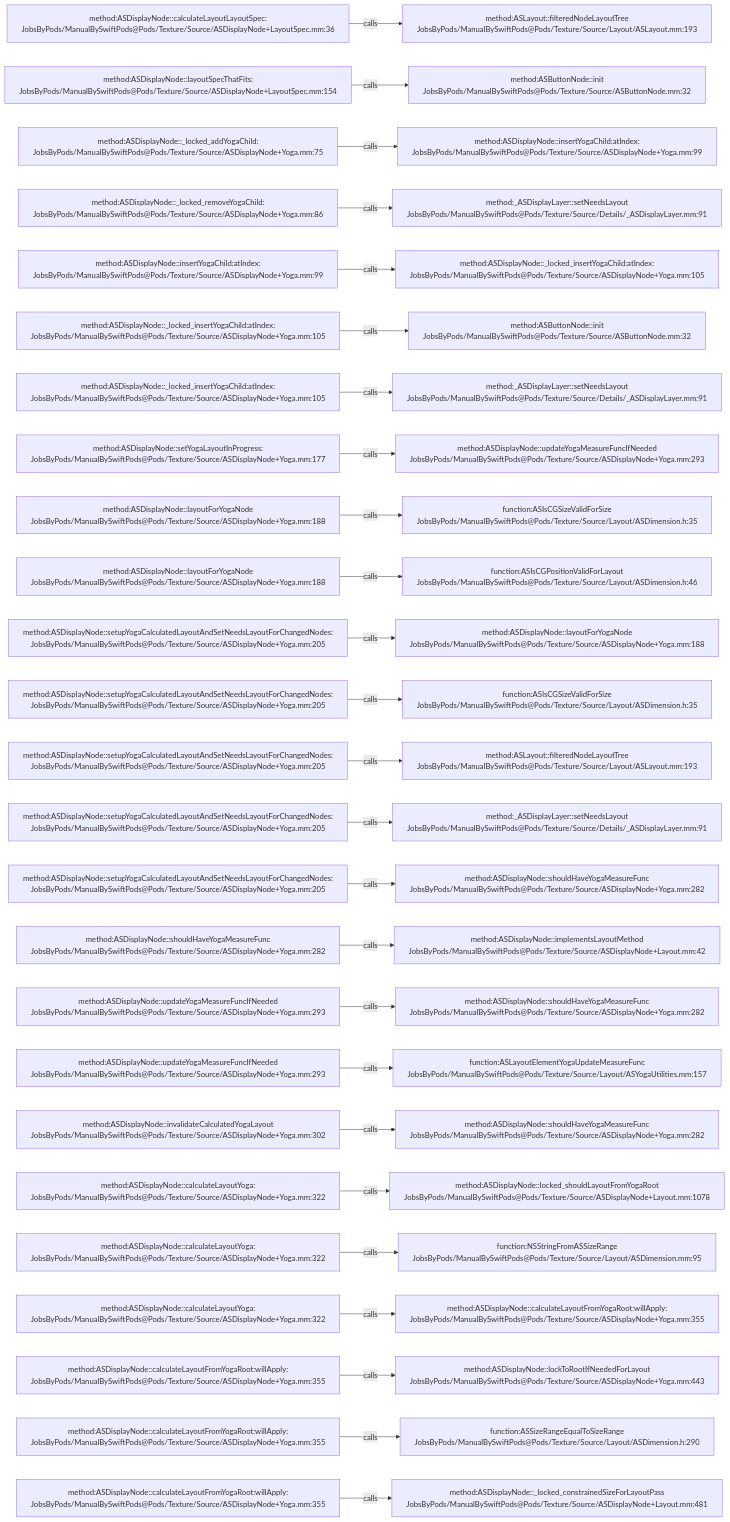
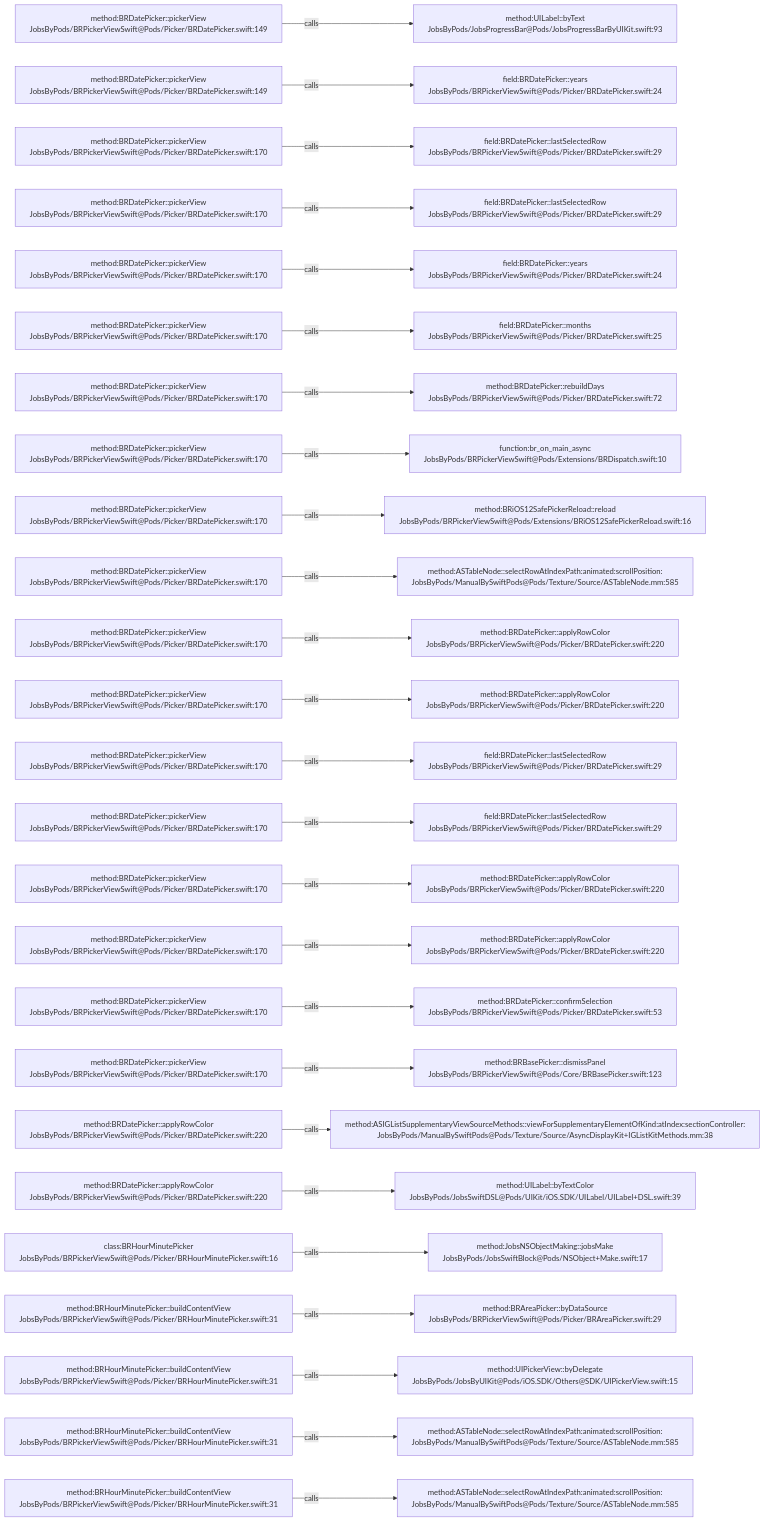
One commit to JobsKits/JobsSwiftBaseConfigDemo changed the diagram in .codegraph/codegraph.md/graphs/calls-025.md. Above: the diagram before and after it, drawn with Mermaid. The commit also changed 224 other files, not shown here.

````diff
--- a/.codegraph/codegraph.md/graphs/calls-025.md
+++ b/.codegraph/codegraph.md/graphs/calls-025.md
@@ -13,78 +13,78 @@
 ```mermaid
 flowchart LR
-  S1["method:ASDisplayNode::calculateLayoutLayoutSpec:<br/>JobsByPods/ManualBySwiftPods@Pods/Texture/Source/ASDisplayNode+LayoutSpec.mm:36"]
-  T1["method:ASLayout::filteredNodeLayoutTree<br/>JobsByPods/ManualBySwiftPods@Pods/Texture/Source/Layout/ASLayout.mm:193"]
+  S1["method:BRDatePicker::pickerView<br/>JobsByPods/BRPickerViewSwift@Pods/Picker/BRDatePicker.swift:149"]
+  T1["method:UILabel::byText<br/>JobsByPods/JobsProgressBar@Pods/JobsProgressBarByUIKit.swift:93"]
   S1 -->|calls| T1
-  S2["method:ASDisplayNode::layoutSpecThatFits:<br/>JobsByPods/ManualBySwiftPods@Pods/Texture/Source/ASDisplayNode+LayoutSpec.mm:154"]
-  T2["method:ASButtonNode::init<br/>JobsByPods/ManualBySwiftPods@Pods/Texture/Source/ASButtonNode.mm:32"]
+  S2["method:BRDatePicker::pickerView<br/>JobsByPods/BRPickerViewSwift@Pods/Picker/BRDatePicker.swift:149"]
+  T2["field:BRDatePicker::years<br/>JobsByPods/BRPickerViewSwift@Pods/Picker/BRDatePicker.swift:24"]
   S2 -->|calls| T2
-  S3["method:ASDisplayNode::_locked_addYogaChild:<br/>JobsByPods/ManualBySwiftPods@Pods/Texture/Source/ASDisplayNode+Yoga.mm:75"]
-  T3["method:ASDisplayNode::insertYogaChild:atIndex:<br/>JobsByPods/ManualBySwiftPods@Pods/Texture/Source/ASDisplayNode+Yoga.mm:99"]
+  S3["method:BRDatePicker::pickerView<br/>JobsByPods/BRPickerViewSwift@Pods/Picker/BRDatePicker.swift:170"]
+  T3["field:BRDatePicker::lastSelectedRow<br/>JobsByPods/BRPickerViewSwift@Pods/Picker/BRDatePicker.swift:29"]
   S3 -->|calls| T3
-  S4["method:ASDisplayNode::_locked_removeYogaChild:<br/>JobsByPods/ManualBySwiftPods@Pods/Texture/Source/ASDisplayNode+Yoga.mm:86"]
-  T4["method:_ASDisplayLayer::setNeedsLayout<br/>JobsByPods/ManualBySwiftPods@Pods/Texture/Source/Details/_ASDisplayLayer.mm:91"]
+  S4["method:BRDatePicker::pickerView<br/>JobsByPods/BRPickerViewSwift@Pods/Picker/BRDatePicker.swift:170"]
+  T4["field:BRDatePicker::lastSelectedRow<br/>JobsByPods/BRPickerViewSwift@Pods/Picker/BRDatePicker.swift:29"]
   S4 -->|calls| T4
-  S5["method:ASDisplayNode::insertYogaChild:atIndex:<br/>JobsByPods/ManualBySwiftPods@Pods/Texture/Source/ASDisplayNode+Yoga.mm:99"]
-  T5["method:ASDisplayNode::_locked_insertYogaChild:atIndex:<br/>JobsByPods/ManualBySwiftPods@Pods/Texture/Source/ASDisplayNode+Yoga.mm:105"]
+  S5["method:BRDatePicker::pickerView<br/>JobsByPods/BRPickerViewSwift@Pods/Picker/BRDatePicker.swift:170"]
+  T5["field:BRDatePicker::years<br/>JobsByPods/BRPickerViewSwift@Pods/Picker/BRDatePicker.swift:24"]
   S5 -->|calls| T5
-  S6["method:ASDisplayNode::_locked_insertYogaChild:atIndex:<br/>JobsByPods/ManualBySwiftPods@Pods/Texture/Source/ASDisplayNode+Yoga.mm:105"]
-  T6["method:ASButtonNode::init<br/>JobsByPods/ManualBySwiftPods@Pods/Texture/Source/ASButtonNode.mm:32"]
+  S6["method:BRDatePicker::pickerView<br/>JobsByPods/BRPickerViewSwift@Pods/Picker/BRDatePicker.swift:170"]
+  T6["field:BRDatePicker::months<br/>JobsByPods/BRPickerViewSwift@Pods/Picker/BRDatePicker.swift:25"]
   S6 -->|calls| T6
-  S7["method:ASDisplayNode::_locked_insertYogaChild:atIndex:<br/>JobsByPods/ManualBySwiftPods@Pods/Texture/Source/ASDisplayNode+Yoga.mm:105"]
-  T7["method:_ASDisplayLayer::setNeedsLayout<br/>JobsByPods/ManualBySwiftPods@Pods/Texture/Source/Details/_ASDisplayLayer.mm:91"]
+  S7["method:BRDatePicker::pickerView<br/>JobsByPods/BRPickerViewSwift@Pods/Picker/BRDatePicker.swift:170"]
+  T7["method:BRDatePicker::rebuildDays<br/>JobsByPods/BRPickerViewSwift@Pods/Picker/BRDatePicker.swift:72"]
   S7 -->|calls| T7
-  S8["method:ASDisplayNode::setYogaLayoutInProgress:<br/>JobsByPods/ManualBySwiftPods@Pods/Texture/Source/ASDisplayNode+Yoga.mm:177"]
-  T8["method:ASDisplayNode::updateYogaMeasureFuncIfNeeded<br/>JobsByPods/ManualBySwiftPods@Pods/Texture/Source/ASDisplayNode+Yoga.mm:293"]
+  S8["method:BRDatePicker::pickerView<br/>JobsByPods/BRPickerViewSwift@Pods/Picker/BRDatePicker.swift:170"]
+  T8["function:br_on_main_async<br/>JobsByPods/BRPickerViewSwift@Pods/Extensions/BRDispatch.swift:10"]
   S8 -->|calls| T8
-  S9["method:ASDisplayNode::layoutForYogaNode<br/>JobsByPods/ManualBySwiftPods@Pods/Texture/Source/ASDisplayNode+Yoga.mm:188"]
-  T9["function:ASIsCGSizeValidForSize<br/>JobsByPods/ManualBySwiftPods@Pods/Texture/Source/Layout/ASDimension.h:35"]
+  S9["method:BRDatePicker::pickerView<br/>JobsByPods/BRPickerViewSwift@Pods/Picker/BRDatePicker.swift:170"]
+  T9["method:BRiOS12SafePickerReload::reload<br/>JobsByPods/BRPickerViewSwift@Pods/Extensions/BRiOS12SafePickerReload.swift:16"]
   S9 -->|calls| T9
-  S10["method:ASDisplayNode::layoutForYogaNode<br/>JobsByPods/ManualBySwiftPods@Pods/Texture/Source/ASDisplayNode+Yoga.mm:188"]
-  T10["function:ASIsCGPositionValidForLayout<br/>JobsByPods/ManualBySwiftPods@Pods/Texture/Source/Layout/ASDimension.h:46"]
+  S10["method:BRDatePicker::pickerView<br/>JobsByPods/BRPickerViewSwift@Pods/Picker/BRDatePicker.swift:170"]
+  T10["method:ASTableNode::selectRowAtIndexPath:animated:scrollPosition:<br/>JobsByPods/ManualBySwiftPods@Pods/Texture/Source/ASTableNode.mm:585"]
   S10 -->|calls| T10
-  S11["method:ASDisplayNode::setupYogaCalculatedLayoutAndSetNeedsLayoutForChangedNodes:<br/>JobsByPods/ManualBySwiftPods@Pods/Texture/Source/ASDisplayNode+Yoga.mm:205"]
-  T11["method:ASDisplayNode::layoutForYogaNode<br/>JobsByPods/ManualBySwiftPods@Pods/Texture/Source/ASDisplayNode+Yoga.mm:188"]
+  S11["method:BRDatePicker::pickerView<br/>JobsByPods/BRPickerViewSwift@Pods/Picker/BRDatePicker.swift:170"]
+  T11["method:BRDatePicker::applyRowColor<br/>JobsByPods/BRPickerViewSwift@Pods/Picker/BRDatePicker.swift:220"]
   S11 -->|calls| T11
-  S12["method:ASDisplayNode::setupYogaCalculatedLayoutAndSetNeedsLayoutForChangedNodes:<br/>JobsByPods/ManualBySwiftPods@Pods/Texture/Source/ASDisplayNode+Yoga.mm:205"]
-  T12["function:ASIsCGSizeValidForSize<br/>JobsByPods/ManualBySwiftPods@Pods/Texture/Source/Layout/ASDimension.h:35"]
+  S12["method:BRDatePicker::pickerView<br/>JobsByPods/BRPickerViewSwift@Pods/Picker/BRDatePicker.swift:170"]
+  T12["method:BRDatePicker::applyRowColor<br/>JobsByPods/BRPickerViewSwift@Pods/Picker/BRDatePicker.swift:220"]
   S12 -->|calls| T12
-  S13["method:ASDisplayNode::setupYogaCalculatedLayoutAndSetNeedsLayoutForChangedNodes:<br/>JobsByPods/ManualBySwiftPods@Pods/Texture/Source/ASDisplayNode+Yoga.mm:205"]
-  T13["method:ASLayout::filteredNodeLayoutTree<br/>JobsByPods/ManualBySwiftPods@Pods/Texture/Source/Layout/ASLayout.mm:193"]
+  S13["method:BRDatePicker::pickerView<br/>JobsByPods/BRPickerViewSwift@Pods/Picker/BRDatePicker.swift:170"]
+  T13["field:BRDatePicker::lastSelectedRow<br/>JobsByPods/BRPickerViewSwift@Pods/Picker/BRDatePicker.swift:29"]
   S13 -->|calls| T13
-  S14["method:ASDisplayNode::setupYogaCalculatedLayoutAndSetNeedsLayoutForChangedNodes:<br/>JobsByPods/ManualBySwiftPods@Pods/Texture/Source/ASDisplayNode+Yoga.mm:205"]
-  T14["method:_ASDisplayLayer::setNeedsLayout<br/>JobsByPods/ManualBySwiftPods@Pods/Texture/Source/Details/_ASDisplayLayer.mm:91"]
+  S14["method:BRDatePicker::pickerView<br/>JobsByPods/BRPickerViewSwift@Pods/Picker/BRDatePicker.swift:170"]
+  T14["field:BRDatePicker::lastSelectedRow<br/>JobsByPods/BRPickerViewSwift@Pods/Picker/BRDatePicker.swift:29"]
   S14 -->|calls| T14
-  S15["method:ASDisplayNode::setupYogaCalculatedLayoutAndSetNeedsLayoutForChangedNodes:<br/>JobsByPods/ManualBySwiftPods@Pods/Texture/Source/ASDisplayNode+Yoga.mm:205"]
-  T15["method:ASDisplayNode::shouldHaveYogaMeasureFunc<br/>JobsByPods/ManualBySwiftPods@Pods/Texture/Source/ASDisplayNode+Yoga.mm:282"]
+  S15["method:BRDatePicker::pickerView<br/>JobsByPods/BRPickerViewSwift@Pods/Picker/BRDatePicker.swift:170"]
+  T15["method:BRDatePicker::applyRowColor<br/>JobsByPods/BRPickerViewSwift@Pods/Picker/BRDatePicker.swift:220"]
   S15 -->|calls| T15
-  S16["method:ASDisplayNode::shouldHaveYogaMeasureFunc<br/>JobsByPods/ManualBySwiftPods@Pods/Texture/Source/ASDisplayNode+Yoga.mm:282"]
-  T16["method:ASDisplayNode::implementsLayoutMethod<br/>JobsByPods/ManualBySwiftPods@Pods/Texture/Source/ASDisplayNode+Layout.mm:42"]
+  S16["method:BRDatePicker::pickerView<br/>JobsByPods/BRPickerViewSwift@Pods/Picker/BRDatePicker.swift:170"]
+  T16["method:BRDatePicker::applyRowColor<br/>JobsByPods/BRPickerViewSwift@Pods/Picker/BRDatePicker.swift:220"]
   S16 -->|calls| T16
-  S17["method:ASDisplayNode::updateYogaMeasureFuncIfNeeded<br/>JobsByPods/ManualBySwiftPods@Pods/Texture/Source/ASDisplayNode+Yoga.mm:293"]
-  T17["method:ASDisplayNode::shouldHaveYogaMeasureFunc<br/>JobsByPods/ManualBySwiftPods@Pods/Texture/Source/ASDisplayNode+Yoga.mm:282"]
+  S17["method:BRDatePicker::pickerView<br/>JobsByPods/BRPickerViewSwift@Pods/Picker/BRDatePicker.swift:170"]
+  T17["method:BRDatePicker::confirmSelection<br/>JobsByPods/BRPickerViewSwift@Pods/Picker/BRDatePicker.swift:53"]
   S17 -->|calls| T17
-  S18["method:ASDisplayNode::updateYogaMeasureFuncIfNeeded<br/>JobsByPods/ManualBySwiftPods@Pods/Texture/Source/ASDisplayNode+Yoga.mm:293"]
-  T18["function:ASLayoutElementYogaUpdateMeasureFunc<br/>JobsByPods/ManualBySwiftPods@Pods/Texture/Source/Layout/ASYogaUtilities.mm:157"]
+  S18["method:BRDatePicker::pickerView<br/>JobsByPods/BRPickerViewSwift@Pods/Picker/BRDatePicker.swift:170"]
+  T18["method:BRBasePicker::dismissPanel<br/>JobsByPods/BRPickerViewSwift@Pods/Core/BRBasePicker.swift:123"]
   S18 -->|calls| T18
-  S19["method:ASDisplayNode::invalidateCalculatedYogaLayout<br/>JobsByPods/ManualBySwiftPods@Pods/Texture/Source/ASDisplayNode+Yoga.mm:302"]
-  T19["method:ASDisplayNode::shouldHaveYogaMeasureFunc<br/>JobsByPods/ManualBySwiftPods@Pods/Texture/Source/ASDisplayNode+Yoga.mm:282"]
+  S19["method:BRDatePicker::applyRowColor<br/>JobsByPods/BRPickerViewSwift@Pods/Picker/BRDatePicker.swift:220"]
+  T19["method:ASIGListSupplementaryViewSourceMethods::viewForSupplementaryElementOfKind:atIndex:sectionController:<br/>JobsByPods/ManualBySwiftPods@Pods/Texture/Source/AsyncDisplayKit+IGListKitMethods.mm:38"]
   S19 -->|calls| T19
-  S20["method:ASDisplayNode::calculateLayoutYoga:<br/>JobsByPods/ManualBySwiftPods@Pods/Texture/Source/ASDisplayNode+Yoga.mm:322"]
-  T20["method:ASDisplayNode::locked_shouldLayoutFromYogaRoot<br/>JobsByPods/ManualBySwiftPods@Pods/Texture/Source/ASDisplayNode+Layout.mm:1078"]
+  S20["method:BRDatePicker::applyRowColor<br/>JobsByPods/BRPickerViewSwift@Pods/Picker/BRDatePicker.swift:220"]
+  T20["method:UILabel::byTextColor<br/>JobsByPods/JobsSwiftDSL@Pods/UIKit/iOS.SDK/UILabel/UILabel+DSL.swift:39"]
   S20 -->|calls| T20
-  S21["method:ASDisplayNode::calculateLayoutYoga:<br/>JobsByPods/ManualBySwiftPods@Pods/Texture/Source/ASDisplayNode+Yoga.mm:322"]
-  T21["function:NSStringFromASSizeRange<br/>JobsByPods/ManualBySwiftPods@Pods/Texture/Source/Layout/ASDimension.mm:95"]
+  S21["class:BRHourMinutePicker<br/>JobsByPods/BRPickerViewSwift@Pods/Picker/BRHourMinutePicker.swift:16"]
+  T21["method:JobsNSObjectMaking::jobsMake<br/>JobsByPods/JobsSwiftBlock@Pods/NSObject+Make.swift:17"]
   S21 -->|calls| T21
-  S22["method:ASDisplayNode::calculateLayoutYoga:<br/>JobsByPods/ManualBySwiftPods@Pods/Texture/Source/ASDisplayNode+Yoga.mm:322"]
-  T22["method:ASDisplayNode::calculateLayoutFromYogaRoot:willApply:<br/>JobsByPods/ManualBySwiftPods@Pods/Texture/Source/ASDisplayNode+Yoga.mm:355"]
+  S22["method:BRHourMinutePicker::buildContentView<br/>JobsByPods/BRPickerViewSwift@Pods/Picker/BRHourMinutePicker.swift:31"]
+  T22["method:BRAreaPicker::byDataSource<br/>JobsByPods/BRPickerViewSwift@Pods/Picker/BRAreaPicker.swift:29"]
   S22 -->|calls| T22
-  S23["method:ASDisplayNode::calculateLayoutFromYogaRoot:willApply:<br/>JobsByPods/ManualBySwiftPods@Pods/Texture/Source/ASDisplayNode+Yoga.mm:355"]
-  T23["method:ASDisplayNode::lockToRootIfNeededForLayout<br/>JobsByPods/ManualBySwiftPods@Pods/Texture/Source/ASDisplayNode+Yoga.mm:443"]
+  S23["method:BRHourMinutePicker::buildContentView<br/>JobsByPods/BRPickerViewSwift@Pods/Picker/BRHourMinutePicker.swift:31"]
+  T23["method:UIPickerView::byDelegate<br/>JobsByPods/JobsByUIKit@Pods/iOS.SDK/Others@SDK/UIPickerView.swift:15"]
   S23 -->|calls| T23
-  S24["method:ASDisplayNode::calculateLayoutFromYogaRoot:willApply:<br/>JobsByPods/ManualBySwiftPods@Pods/Texture/Source/ASDisplayNode+Yoga.mm:355"]
-  T24["function:ASSizeRangeEqualToSizeRange<br/>JobsByPods/ManualBySwiftPods@Pods/Texture/Source/Layout/ASDimension.h:290"]
+  S24["method:BRHourMinutePicker::buildContentView<br/>JobsByPods/BRPickerViewSwift@Pods/Picker/BRHourMinutePicker.swift:31"]
+  T24["method:ASTableNode::selectRowAtIndexPath:animated:scrollPosition:<br/>JobsByPods/ManualBySwiftPods@Pods/Texture/Source/ASTableNode.mm:585"]
   S24 -->|calls| T24
-  S25["method:ASDisplayNode::calculateLayoutFromYogaRoot:willApply:<br/>JobsByPods/ManualBySwiftPods@Pods/Texture/Source/ASDisplayNode+Yoga.mm:355"]
-  T25["method:ASDisplayNode::_locked_constrainedSizeForLayoutPass<br/>JobsByPods/ManualBySwiftPods@Pods/Texture/Source/ASDisplayNode+Layout.mm:481"]
+  S25["method:BRHourMinutePicker::buildContentView<br/>JobsByPods/BRPickerViewSwift@Pods/Picker/BRHourMinutePicker.swift:31"]
+  T25["method:ASTableNode::selectRowAtIndexPath:animated:scrollPosition:<br/>JobsByPods/ManualBySwiftPods@Pods/Texture/Source/ASTableNode.mm:585"]
   S25 -->|calls| T25
 ```
````
